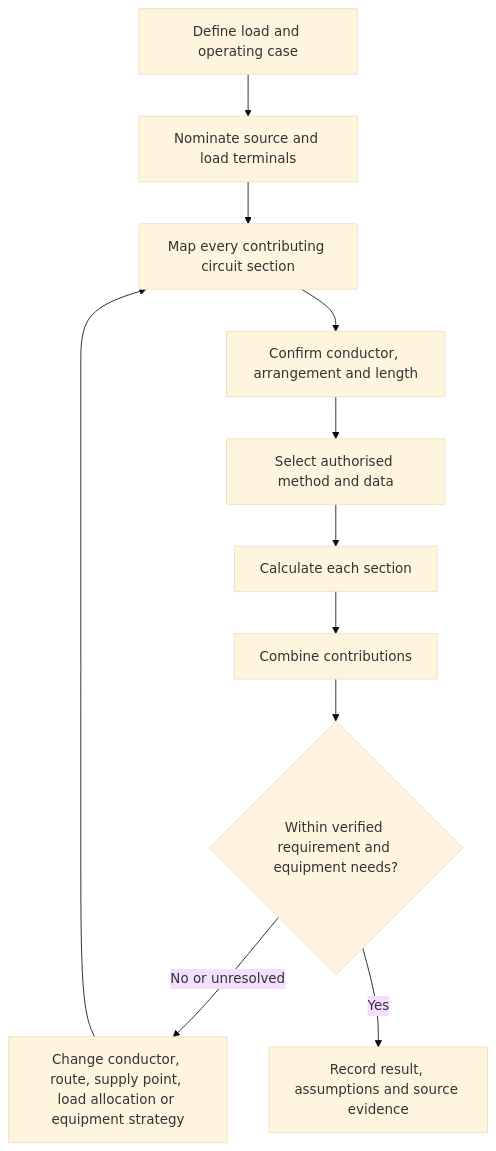
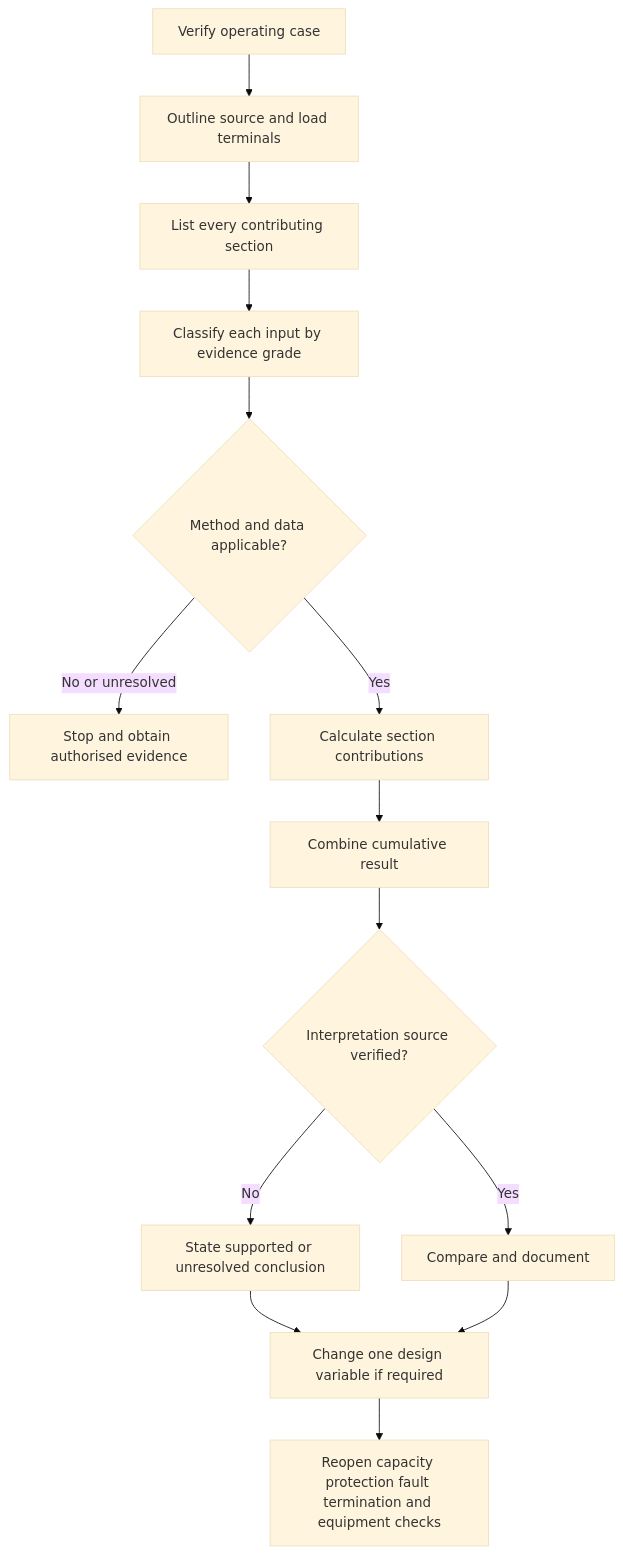
One commit to andrew3stedall/capstone changed the first of 2 diagrams in docs/learning-plans/4-week/modules/day-11-voltage-drop.md. Above: the diagram before and after it, drawn with Mermaid (base theme). The commit also changed other lines of this file, not shown here.

````diff
--- a/docs/learning-plans/4-week/modules/day-11-voltage-drop.md
+++ b/docs/learning-plans/4-week/modules/day-11-voltage-drop.md
@@ -150,13 +151,16 @@
 ```mermaid
 flowchart TD
-    A["Define load and operating case"] --> B["Nominate source and load terminals"]
-    B --> C["Map every contributing circuit section"]
-    C --> D["Confirm conductor, arrangement and length"]
-    D --> E["Select authorised method and data"]
-    E --> F["Calculate each section"]
-    F --> G["Combine contributions"]
-    G --> H{"Within verified requirement and equipment needs?"}
-    H -->|"No or unresolved"| I["Change conductor, route, supply point, load allocation or equipment strategy"]
-    I --> C
-    H -->|"Yes"| J["Record result, assumptions and source evidence"]
+    A[Verify operating case] --> B[Outline source and load terminals]
+    B --> C[List every contributing section]
+    C --> D[Classify each input by evidence grade]
+    D --> E{Method and data applicable?}
+    E -->|No or unresolved| F[Stop and obtain authorised evidence]
+    E -->|Yes| G[Calculate section contributions]
+    G --> H[Combine cumulative result]
+    H --> I{Interpretation source verified?}
+    I -->|No| J[State supported or unresolved conclusion]
+    I -->|Yes| K[Compare and document]
+    J --> L[Change one design variable if required]
+    K --> L
+    L --> M[Reopen capacity protection fault termination and equipment checks]
 ```
````
